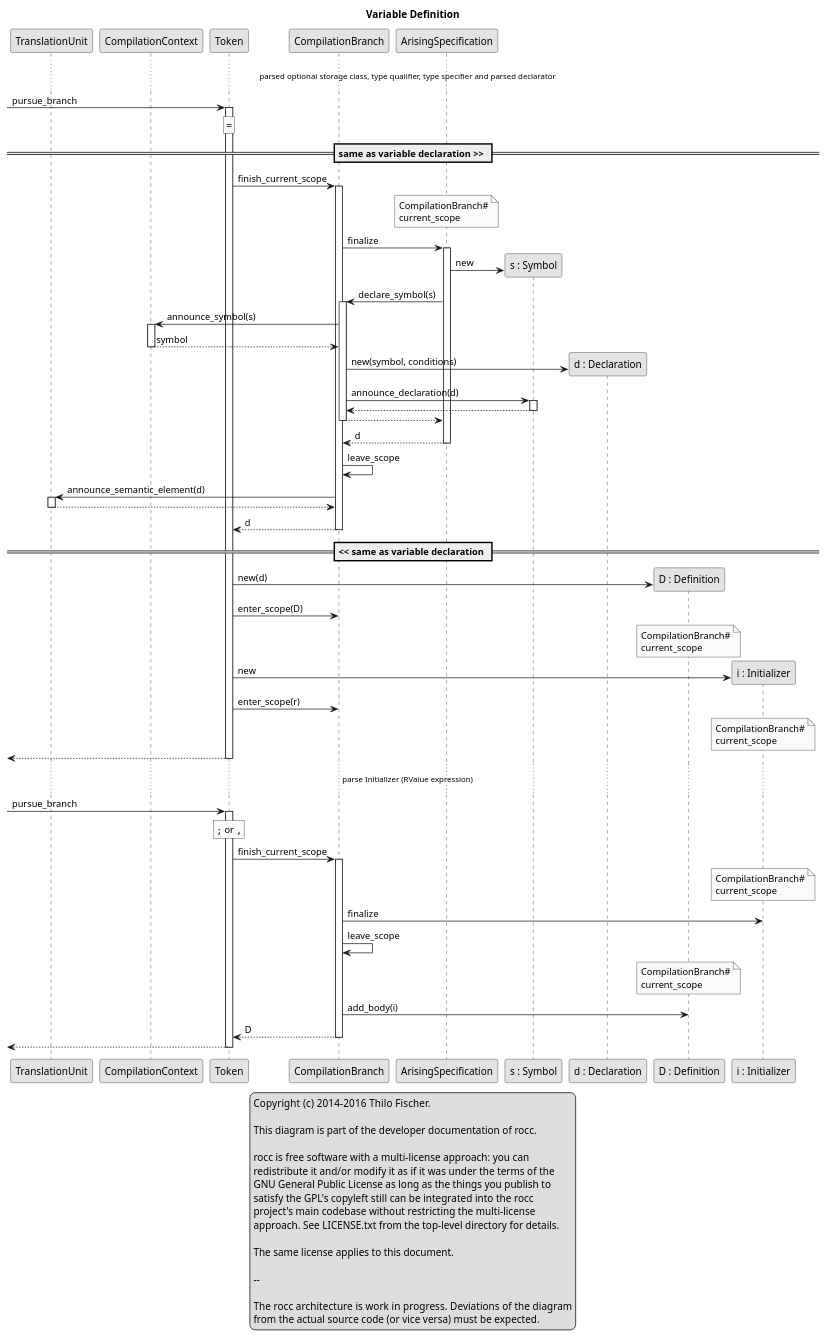
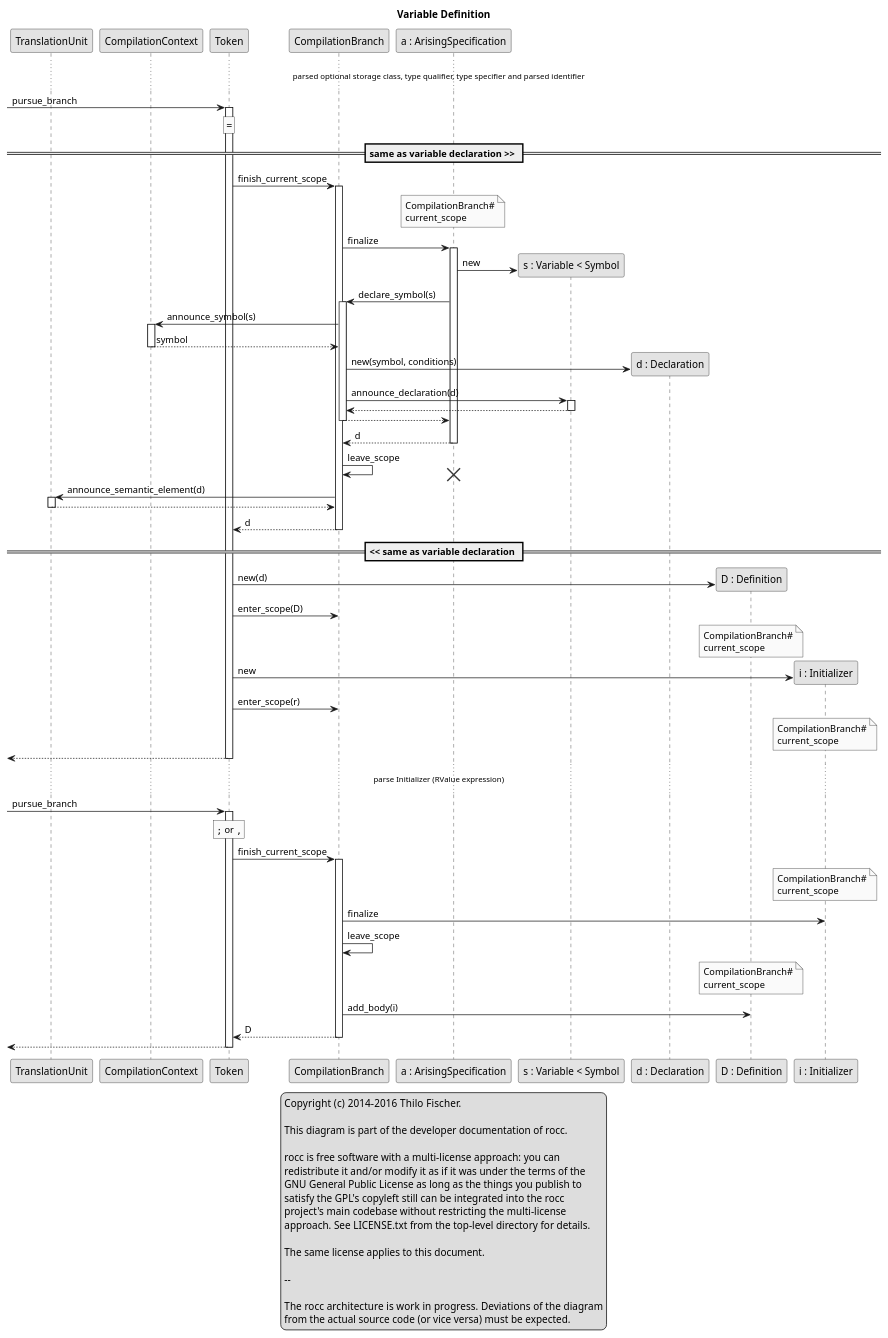
Before and after one commit to thilo-fischer/rocc: the diagram in design/snippets/symbol-instantiation_variable-definition.puml, drawn with PlantUML. The commit also changed 1 other file, not shown here.

```diff
--- a/design/snippets/symbol-instantiation_variable-definition.puml
+++ b/design/snippets/symbol-instantiation_variable-definition.puml
@@ -1,128 +1,129 @@
 @startuml
 
 legend center
   Copyright (c) 2014-2016  Thilo Fischer.
   
   This diagram is part of the developer documentation of rocc.
  
   rocc is free software with a multi-license approach: you can
   redistribute it and/or modify it as if it was under the terms of the
   GNU General Public License as long as the things you publish to
   satisfy the GPL's copyleft still can be integrated into the rocc
   project's main codebase without restricting the multi-license
   approach. See LICENSE.txt from the top-level directory for details.
  
   The same license applies to this document.
 
   --
 
   The rocc architecture is work in progress.  Deviations of the diagram
   from the actual source code (or vice versa) must be expected.
 endlegend
 
 skinparam monochrome true
 
 title Variable Definition
 
 participant TranslationUnit
 participant CompilationContext
 participant Token
 participant CompilationBranch
-participant "ArisingSpecification" as ArisingSpecification
-participant "s : Symbol" as Symbol
+participant "a : ArisingSpecification" as ArisingSpecification
+participant "s : Variable < Symbol" as Symbol
 participant "d : Declaration" as Declaration
 participant "D : Definition" as Definition
 participant "i : Initializer" as Initializer
 
-... parsed optional storage class, type qualifier, type specifier and parsed declarator ...
+... parsed optional storage class, type qualifier, type specifier and parsed identifier ...
 
 [-> Token : pursue_branch
 rnote over Token : ""=""
 
 activate Token
 
 == same as variable declaration >> ==
 
 Token -> CompilationBranch : finish_current_scope
 activate CompilationBranch
 
 note over ArisingSpecification : CompilationBranch#\ncurrent_scope
 CompilationBranch -> ArisingSpecification : finalize
 activate ArisingSpecification
 
 create Symbol
 ArisingSpecification -> Symbol : new
 
 ArisingSpecification -> CompilationBranch : declare_symbol(s)
 activate CompilationBranch
 
 CompilationBranch -> CompilationContext : announce_symbol(s)
 activate CompilationContext
 CompilationBranch <-- CompilationContext : symbol
 deactivate CompilationContext
 
 create Declaration
 CompilationBranch -> Declaration : new(symbol, conditions)
 
 CompilationBranch -> Symbol : announce_declaration(d)
 activate Symbol
 CompilationBranch <-- Symbol
 deactivate Symbol
 
 ArisingSpecification <-- CompilationBranch
 deactivate CompilationBranch
 
 CompilationBranch <-- ArisingSpecification : d
 deactivate ArisingSpecification
 
 CompilationBranch -> CompilationBranch : leave_scope
+destroy ArisingSpecification
 
 CompilationBranch -> TranslationUnit : announce_semantic_element(d)
 activate TranslationUnit
 CompilationBranch <-- TranslationUnit
 deactivate TranslationUnit
 
 Token <-- CompilationBranch : d
 deactivate CompilationBranch
 
 == << same as variable declaration ==
 
 create Definition
 Token -> Definition : new(d)
 Token -> CompilationBranch : enter_scope(D)
 note over Definition : CompilationBranch#\ncurrent_scope
 
 create Initializer
 Token -> Initializer : new
 Token -> CompilationBranch : enter_scope(r)
 note over Initializer : CompilationBranch#\ncurrent_scope
 
 [<-- Token
 deactivate Token
 
 ... parse Initializer (RValue expression) ...
 
 [-> Token : pursue_branch
 rnote over Token : "";"" or "",""
 
 activate Token
 
 Token -> CompilationBranch : finish_current_scope
 activate CompilationBranch
 
 note over Initializer : CompilationBranch#\ncurrent_scope
 CompilationBranch -> Initializer : finalize
 
 CompilationBranch -> CompilationBranch : leave_scope
 
 note over Definition : CompilationBranch#\ncurrent_scope
 
 CompilationBranch -> Definition : add_body(i)
 
 Token <-- CompilationBranch : D
 deactivate CompilationBranch
 
 [<-- Token
 deactivate Token
 
 @enduml
```
